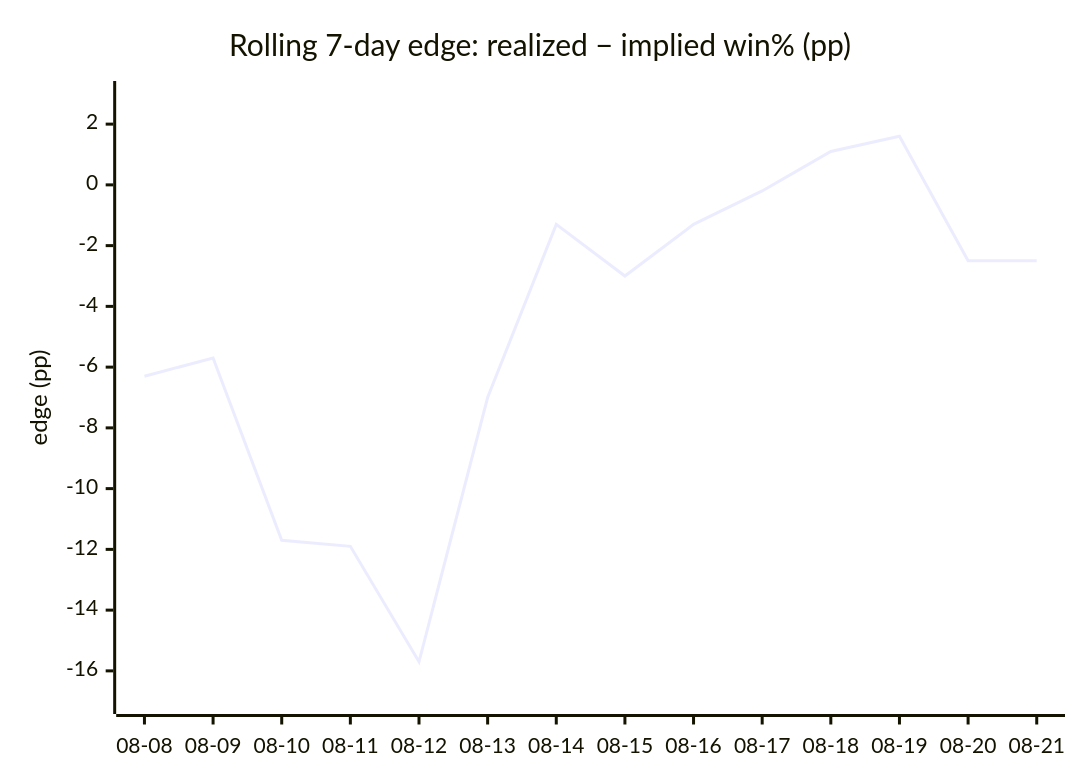
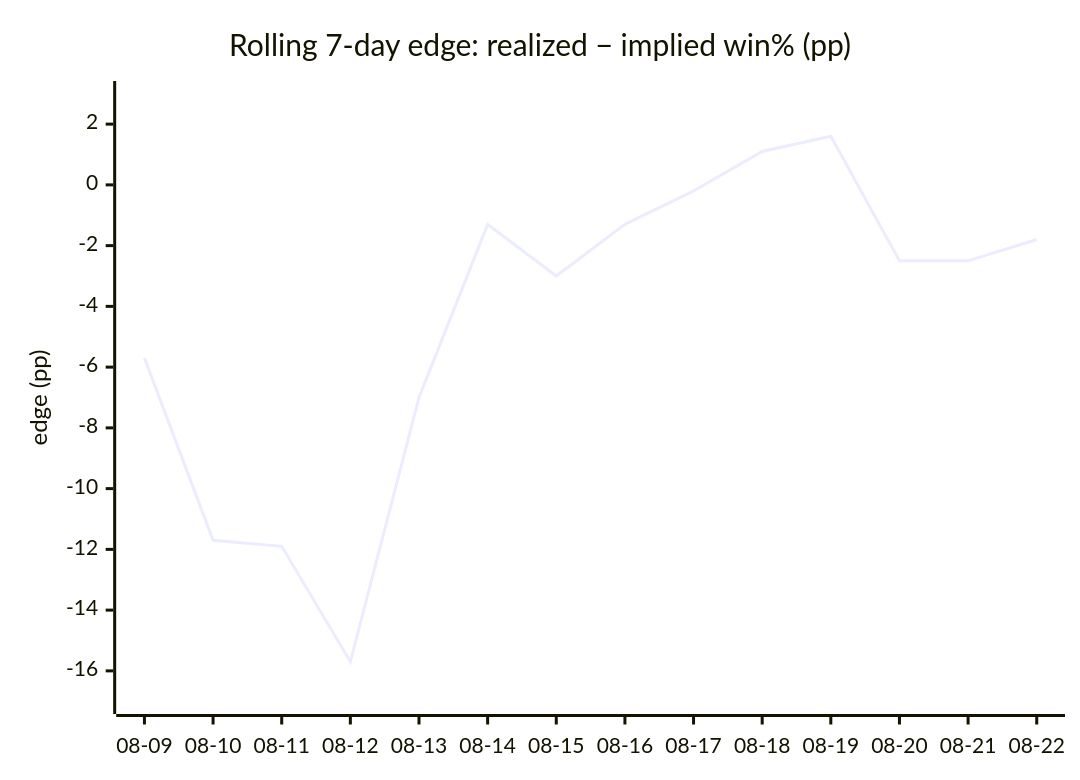
The fourth of 4 diagrams in DAILY_AGSU_REPORT.md (dpk1212/nhl-savant), drawn with Mermaid before and after one commit. The commit also changed other lines of this file, not shown here.

````diff
--- a/DAILY_AGSU_REPORT.md
+++ b/DAILY_AGSU_REPORT.md
@@ -850,7 +843,7 @@
 ```mermaid
 xychart-beta
     title "Rolling 7-day edge: realized − implied win% (pp)"
-    x-axis ["08-08", "08-09", "08-10", "08-11", "08-12", "08-13", "08-14", "08-15", "08-16", "08-17", "08-18", "08-19", "08-20", "08-21"]
+    x-axis ["08-09", "08-10", "08-11", "08-12", "08-13", "08-14", "08-15", "08-16", "08-17", "08-18", "08-19", "08-20", "08-21", "08-22"]
     y-axis "edge (pp)" -17 --> 3
-    line [-6.3, -5.7, -11.7, -11.9, -15.7, -7, -1.3, -3, -1.3, -0.2, 1.1, 1.6, -2.5, -2.5]
+    line [-5.7, -11.7, -11.9, -15.7, -7, -1.3, -3, -1.3, -0.2, 1.1, 1.6, -2.5, -2.5, -1.8]
 ```
````
